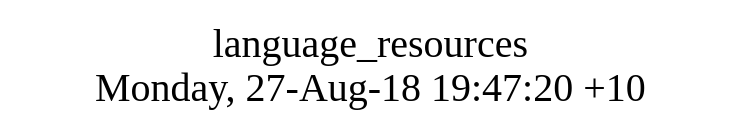
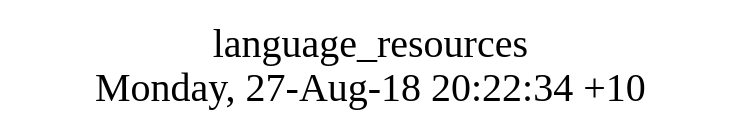
The diagram in src/language_resources/struct.dot (AplaProject/apps), drawn with Graphviz before and after one commit. The commit also changed 2 other files, not shown here.

```diff
--- a/src/language_resources/struct.dot
+++ b/src/language_resources/struct.dot
@@ -1,8 +1,8 @@
 digraph G {
 fontsize="24";
-label="language_resources\nMonday, 27-Aug-18 19:47:20 +10";
+label="language_resources\nMonday, 27-Aug-18 20:22:34 +10";
 nojustify=true;
 ordering=out;
 rankdir=LR;
 size="30";
 }
```
